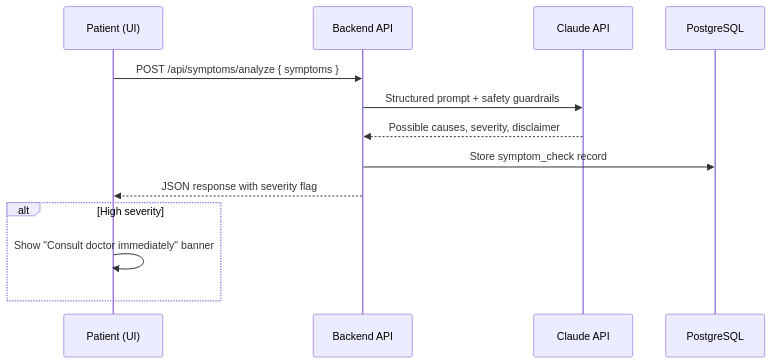
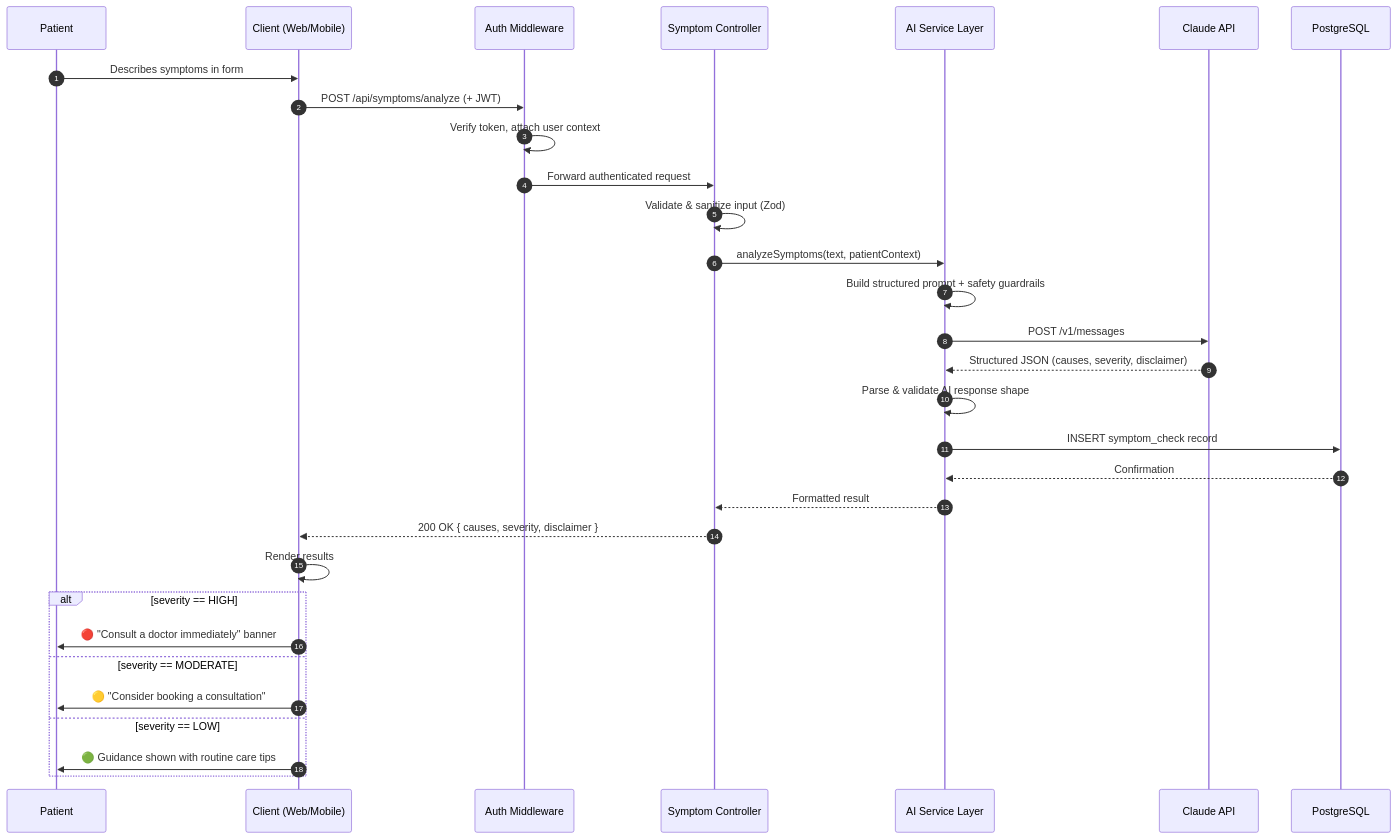
Before and after one commit to Shubham-cyber-prog/CuraLink: the second of 5 diagrams in README.md, drawn with Mermaid. The commit also changed other lines of this file, not shown here.

````diff
--- a/README.md
+++ b/README.md
@@ -114,16 +126,34 @@
 ```mermaid
 sequenceDiagram
-    participant P as Patient (UI)
-    participant API as Backend API
+    autonumber
+    participant U as Patient
+    participant C as Client (Web/Mobile)
+    participant MW as Auth Middleware
+    participant API as Symptom Controller
+    participant SVC as AI Service Layer
     participant AI as Claude API
     participant DB as PostgreSQL
 
-    P->>API: POST /api/symptoms/analyze { symptoms }
-    API->>AI: Structured prompt + safety guardrails
-    AI-->>API: Possible causes, severity, disclaimer
-    API->>DB: Store symptom_check record
-    API-->>P: JSON response with severity flag
-    alt High severity
-        P->>P: Show "Consult doctor immediately" banner
+    U->>C: Describes symptoms in form
+    C->>MW: POST /api/symptoms/analyze (+ JWT)
+    MW->>MW: Verify token, attach user context
+    MW->>API: Forward authenticated request
+    API->>API: Validate & sanitize input (Zod)
+    API->>SVC: analyzeSymptoms(text, patientContext)
+    SVC->>SVC: Build structured prompt + safety guardrails
+    SVC->>AI: POST /v1/messages
+    AI-->>SVC: Structured JSON (causes, severity, disclaimer)
+    SVC->>SVC: Parse & validate AI response shape
+    SVC->>DB: INSERT symptom_check record
+    DB-->>SVC: Confirmation
+    SVC-->>API: Formatted result
+    API-->>C: 200 OK { causes, severity, disclaimer }
+    C->>C: Render results
+    alt severity == HIGH
+        C->>U: 🔴 "Consult a doctor immediately" banner
+    else severity == MODERATE
+        C->>U: 🟡 "Consider booking a consultation"
+    else severity == LOW
+        C->>U: 🟢 Guidance shown with routine care tips
     end
 ```
````
